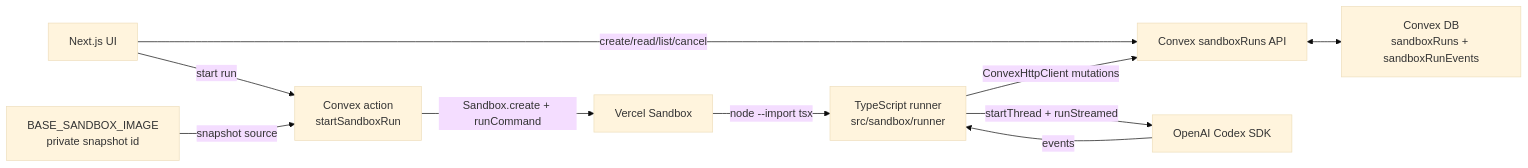
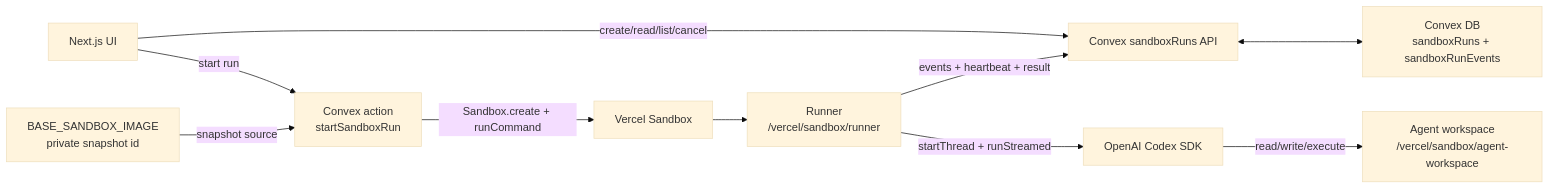
One commit to neilsanghrajka/drip changed the first of 3 diagrams in docs/SANDBOX.md. Above: the diagram before and after it, drawn with Mermaid (base theme). The commit also changed other lines of this file and 17 other files, not shown here.

````diff
--- a/docs/SANDBOX.md
+++ b/docs/SANDBOX.md
@@ -11,21 +11,22 @@
 ```mermaid
 flowchart LR
   UI["Next.js UI"]
   Runs["Convex sandboxRuns API"]
   DB["Convex DB<br/>sandboxRuns + sandboxRunEvents"]
   Action["Convex action<br/>startSandboxRun"]
   Image["BASE_SANDBOX_IMAGE<br/>private snapshot id"]
   Sandbox["Vercel Sandbox"]
-  Runner["TypeScript runner<br/>src/sandbox/runner"]
+  Runner["Runner<br/>/vercel/sandbox/runner"]
+  Workspace["Agent workspace<br/>/vercel/sandbox/agent-workspace"]
   SDK["OpenAI Codex SDK"]
 
   UI -->|"create/read/list/cancel"| Runs
   Runs <--> DB
   UI -->|"start run"| Action
   Image -->|"snapshot source"| Action
   Action -->|"Sandbox.create + runCommand"| Sandbox
-  Sandbox -->|"node --import tsx"| Runner
+  Sandbox --> Runner
   Runner -->|"startThread + runStreamed"| SDK
-  SDK -->|"events"| Runner
-  Runner -->|"ConvexHttpClient mutations"| Runs
+  SDK -->|"read/write/execute"| Workspace
+  Runner -->|"events + heartbeat + result"| Runs
 ```
````
